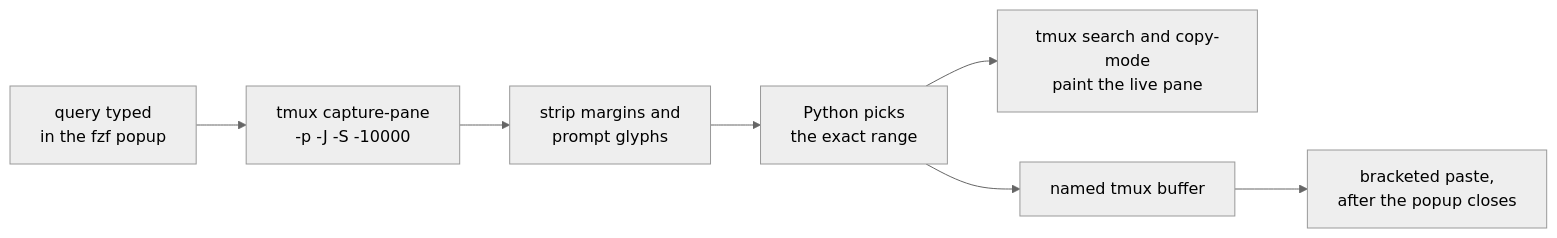
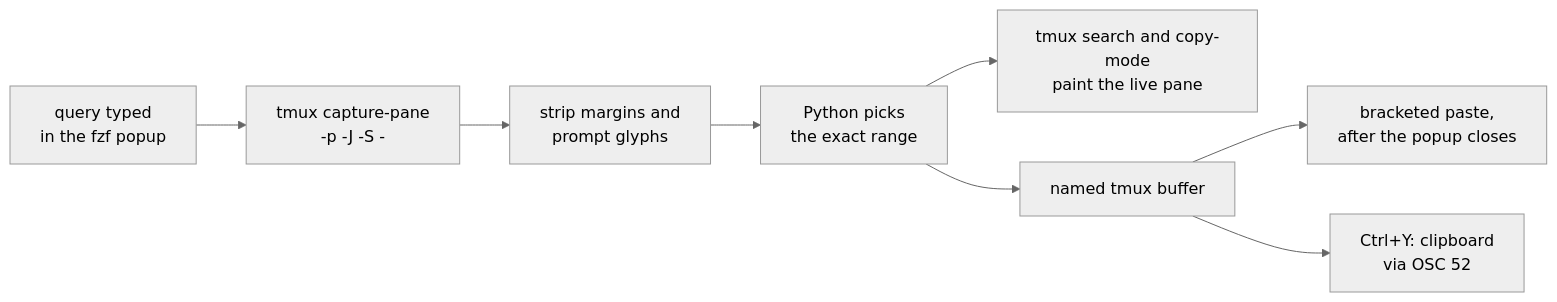
The diagram in blog/_media/diagrams/01-pane-regex-flow.mmd (Piotr1215/cloudrumble), drawn with Mermaid (neutral theme) before and after one commit. The commit also changed 10 other files, not shown here.

```diff
--- a/blog/_media/diagrams/01-pane-regex-flow.mmd
+++ b/blog/_media/diagrams/01-pane-regex-flow.mmd
@@ -1,7 +1,8 @@
 flowchart LR
-    Q["query typed<br/>in the fzf popup"] --> C["tmux capture-pane<br/>-p -J -S -10000"]
+    Q["query typed<br/>in the fzf popup"] --> C["tmux capture-pane<br/>-p -J -S -"]
     C --> N["strip margins and<br/>prompt glyphs"]
     N --> M["Python picks<br/>the exact range"]
     M --> H["tmux search and copy-mode<br/>paint the live pane"]
     M --> B["named tmux buffer"]
     B --> P["bracketed paste,<br/>after the popup closes"]
+    B --> Y["Ctrl+Y: clipboard<br/>via OSC 52"]
```
